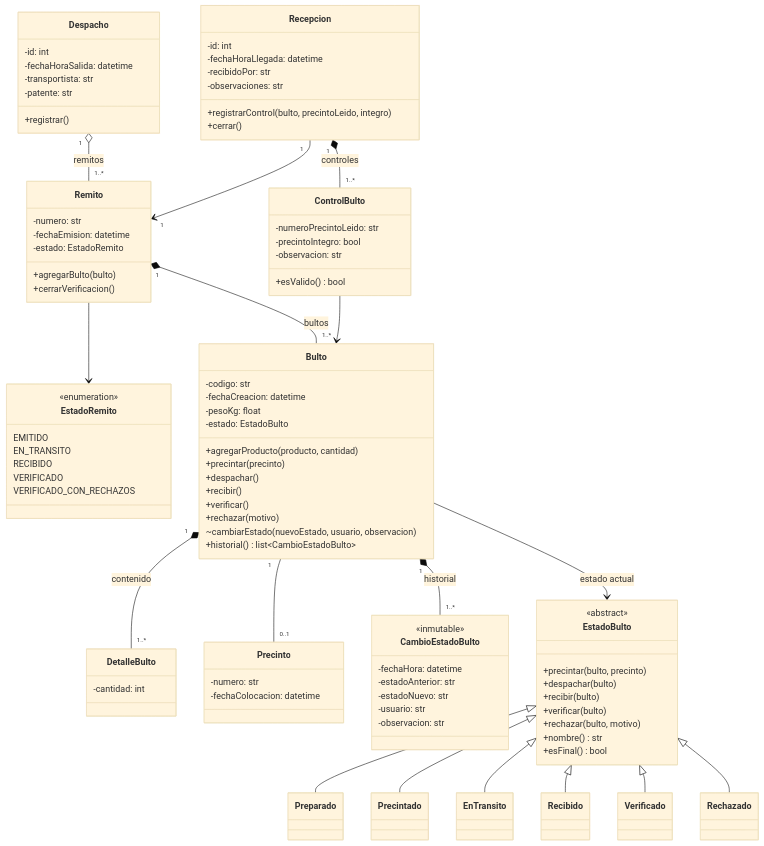
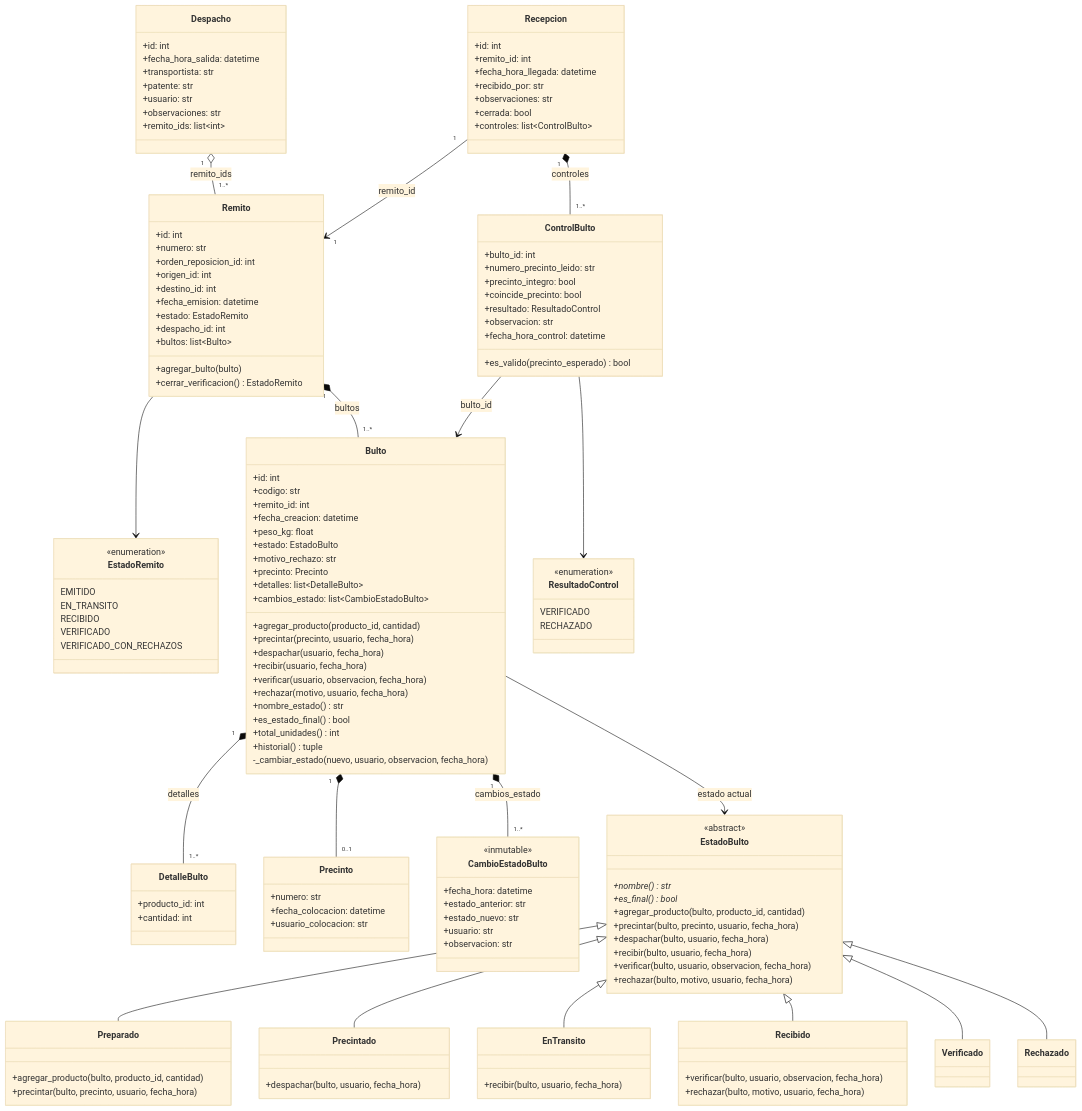
The seventh of 12 diagrams in docs/modelo_dominio.md (joaquin-brachetto/DAO-TP), drawn with Mermaid (base theme) before and after one commit. The commit also changed other lines of this file and 14 other files, not shown here.

````diff
--- a/docs/modelo_dominio.md
+++ b/docs/modelo_dominio.md
@@ -301,11 +492,17 @@
 ```mermaid
 classDiagram
     class Remito {
-        -numero: str
-        -fechaEmision: datetime
-        -estado: EstadoRemito
-        +agregarBulto(bulto)
-        +cerrarVerificacion()
+        +id: int
+        +numero: str
+        +orden_reposicion_id: int
+        +origen_id: int
+        +destino_id: int
+        +fecha_emision: datetime
+        +estado: EstadoRemito
+        +despacho_id: int
+        +bultos: list~Bulto~
+        +agregar_bulto(bulto)
+        +cerrar_verificacion() EstadoRemito
     }
     class EstadoRemito {
         <<enumeration>>
@@ -316,79 +513,113 @@
         VERIFICADO_CON_RECHAZOS
     }
     class Bulto {
-        -codigo: str
-        -fechaCreacion: datetime
-        -pesoKg: float
-        -estado: EstadoBulto
-        +agregarProducto(producto, cantidad)
-        +precintar(precinto)
-        +despachar()
-        +recibir()
-        +verificar()
-        +rechazar(motivo)
-        ~cambiarEstado(nuevoEstado, usuario, observacion)
-        +historial() list~CambioEstadoBulto~
+        +id: int
+        +codigo: str
+        +remito_id: int
+        +fecha_creacion: datetime
+        +peso_kg: float
+        +estado: EstadoBulto
+        +motivo_rechazo: str
+        +precinto: Precinto
+        +detalles: list~DetalleBulto~
+        +cambios_estado: list~CambioEstadoBulto~
+        +agregar_producto(producto_id, cantidad)
+        +precintar(precinto, usuario, fecha_hora)
+        +despachar(usuario, fecha_hora)
+        +recibir(usuario, fecha_hora)
+        +verificar(usuario, observacion, fecha_hora)
+        +rechazar(motivo, usuario, fecha_hora)
+        +nombre_estado() str
+        +es_estado_final() bool
+        +total_unidades() int
+        +historial() tuple
+        -_cambiar_estado(nuevo, usuario, observacion, fecha_hora)
     }
     class DetalleBulto {
-        -cantidad: int
+        +producto_id: int
+        +cantidad: int
     }
     class Precinto {
-        -numero: str
-        -fechaColocacion: datetime
+        +numero: str
+        +fecha_colocacion: datetime
+        +usuario_colocacion: str
     }
     class CambioEstadoBulto {
         <<inmutable>>
-        -fechaHora: datetime
-        -estadoAnterior: str
-        -estadoNuevo: str
-        -usuario: str
-        -observacion: str
+        +fecha_hora: datetime
+        +estado_anterior: str
+        +estado_nuevo: str
+        +usuario: str
+        +observacion: str
     }
 
     class EstadoBulto {
         <<abstract>>
-        +precintar(bulto, precinto)
-        +despachar(bulto)
-        +recibir(bulto)
-        +verificar(bulto)
-        +rechazar(bulto, motivo)
-        +nombre() str
-        +esFinal() bool
+        +nombre()* str
+        +es_final()* bool
+        +agregar_producto(bulto, producto_id, cantidad)
+        +precintar(bulto, precinto, usuario, fecha_hora)
+        +despachar(bulto, usuario, fecha_hora)
+        +recibir(bulto, usuario, fecha_hora)
+        +verificar(bulto, usuario, observacion, fecha_hora)
+        +rechazar(bulto, motivo, usuario, fecha_hora)
     }
-    class Preparado
-    class Precintado
-    class EnTransito
-    class Recibido
+    class Preparado {
+        +agregar_producto(bulto, producto_id, cantidad)
+        +precintar(bulto, precinto, usuario, fecha_hora)
+    }
+    class Precintado {
+        +despachar(bulto, usuario, fecha_hora)
+    }
+    class EnTransito {
+        +recibir(bulto, usuario, fecha_hora)
+    }
+    class Recibido {
+        +verificar(bulto, usuario, observacion, fecha_hora)
+        +rechazar(bulto, motivo, usuario, fecha_hora)
+    }
     class Verificado
     class Rechazado
 
     class Despacho {
-        -id: int
-        -fechaHoraSalida: datetime
-        -transportista: str
-        -patente: str
-        +registrar()
+        +id: int
+        +fecha_hora_salida: datetime
+        +transportista: str
+        +patente: str
+        +usuario: str
+        +observaciones: str
+        +remito_ids: list~int~
     }
     class Recepcion {
-        -id: int
-        -fechaHoraLlegada: datetime
-        -recibidoPor: str
-        -observaciones: str
-        +registrarControl(bulto, precintoLeido, integro)
-        +cerrar()
+        +id: int
+        +remito_id: int
+        +fecha_hora_llegada: datetime
+        +recibido_por: str
+        +observaciones: str
+        +cerrada: bool
+        +controles: list~ControlBulto~
     }
     class ControlBulto {
-        -numeroPrecintoLeido: str
-        -precintoIntegro: bool
-        -observacion: str
-        +esValido() bool
+        +bulto_id: int
+        +numero_precinto_leido: str
+        +precinto_integro: bool
+        +coincide_precinto: bool
+        +resultado: ResultadoControl
+        +observacion: str
+        +fecha_hora_control: datetime
+        +es_valido(precinto_esperado) bool
+    }
+    class ResultadoControl {
+        <<enumeration>>
+        VERIFICADO
+        RECHAZADO
     }
 
     Remito "1" *-- "1..*" Bulto : bultos
     Remito --> EstadoRemito
-    Bulto "1" *-- "1..*" DetalleBulto : contenido
-    Bulto "1" -- "0..1" Precinto
-    Bulto "1" *-- "1..*" CambioEstadoBulto : historial
+    Bulto "1" *-- "1..*" DetalleBulto : detalles
+    Bulto "1" *-- "0..1" Precinto
+    Bulto "1" *-- "1..*" CambioEstadoBulto : cambios_estado
     Bulto --> EstadoBulto : estado actual
 
     EstadoBulto <|-- Preparado
@@ -398,8 +629,9 @@
     EstadoBulto <|-- Verificado
     EstadoBulto <|-- Rechazado
 
-    Despacho "1" o-- "1..*" Remito : remitos
-    Recepcion "1" --> "1" Remito
+    Despacho "1" o-- "1..*" Remito : remito_ids
+    Recepcion "1" --> "1" Remito : remito_id
     Recepcion "1" *-- "1..*" ControlBulto : controles
-    ControlBulto --> Bulto
+    ControlBulto --> Bulto : bulto_id
+    ControlBulto --> ResultadoControl
 ```
````
